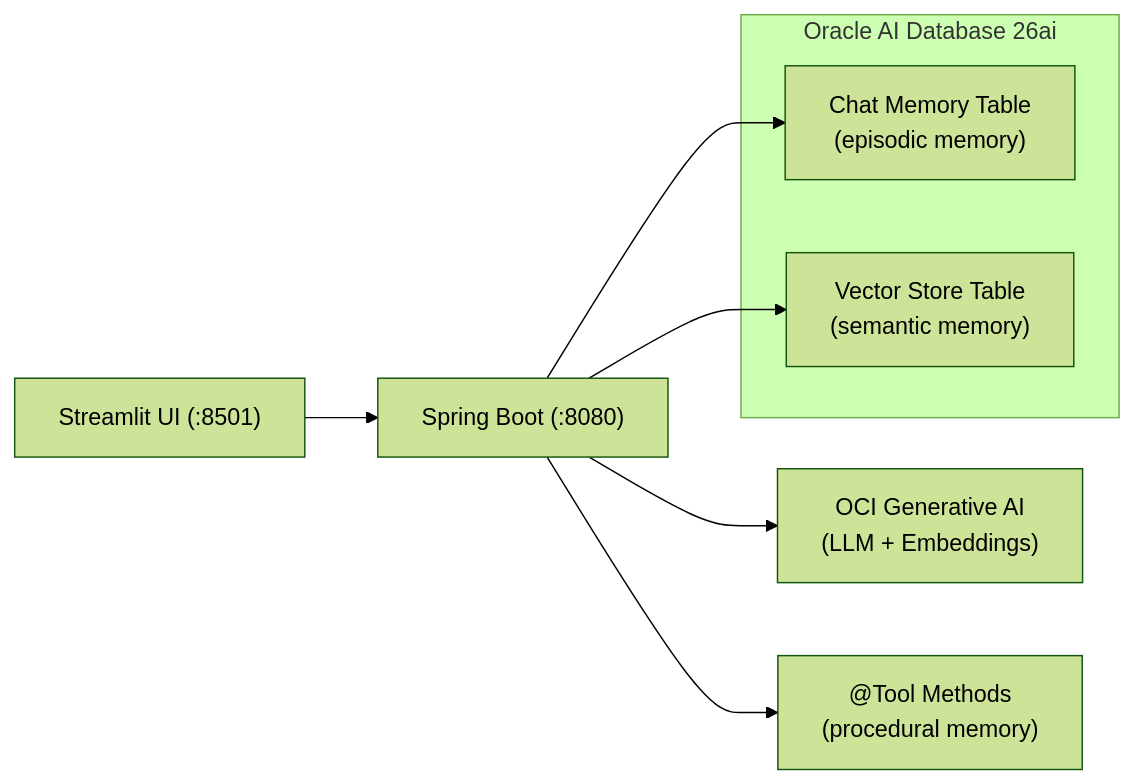
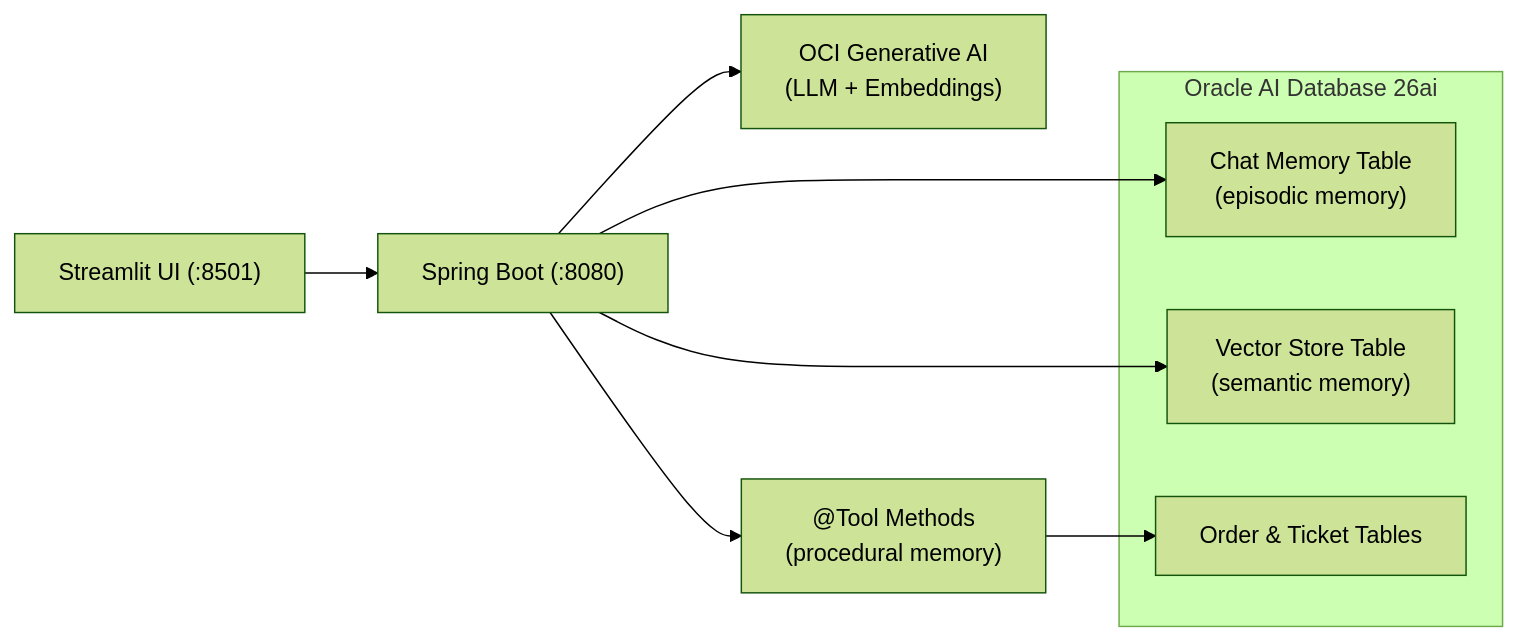
One commit to vmleon/oracle-database-java-agent-memory changed the first of 2 diagrams in README.md. Above: the diagram before and after it, drawn with Mermaid (forest theme). The commit also changed other lines of this file and 10 other files, not shown here.

````diff
--- a/README.md
+++ b/README.md
@@ -7,13 +7,15 @@
 ```mermaid
 graph LR
     UI["Streamlit UI (:8501)"] --> API["Spring Boot (:8080)"]
     API --> OCI["OCI Generative AI<br/>(LLM + Embeddings)"]
     API --> CM["Chat Memory Table<br/>(episodic memory)"]
     API --> VS["Vector Store Table<br/>(semantic memory)"]
     API --> PM["@Tool Methods<br/>(procedural memory)"]
+    PM --> OT["Order & Ticket Tables"]
 
     subgraph Oracle AI Database 26ai
         CM
         VS
+        OT
     end
 ```
````
